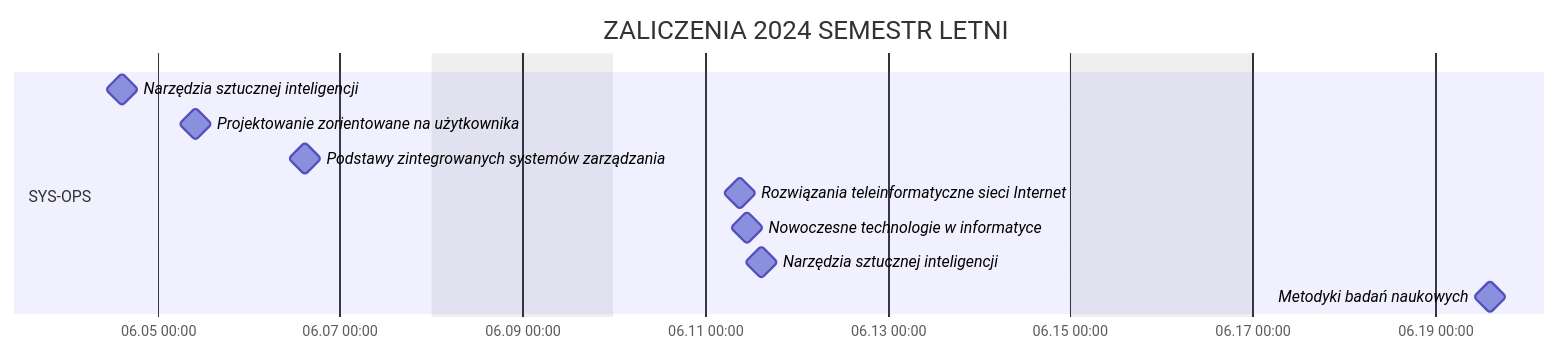
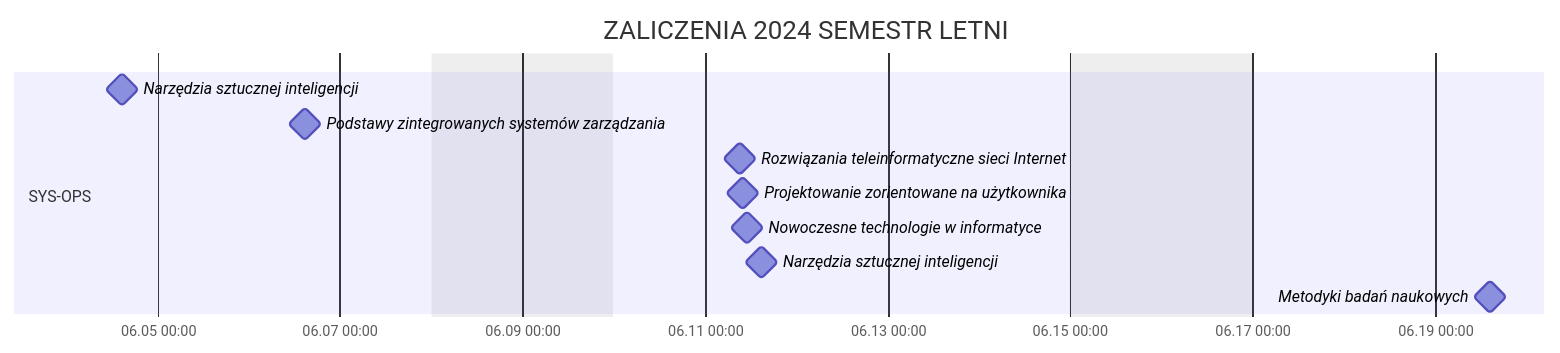
One commit to Week-end-Development/WED changed the diagram in INFO.md. Above: the diagram before and after it, drawn with Mermaid. The commit also changed other lines of this file, not shown here.

Commit message:
Update INFO.md
UX 05.06.2024 -> 11.06.2024

````diff
--- a/INFO.md
+++ b/INFO.md
@@ -32,15 +32,15 @@
 ```mermaid
 gantt
   title ZALICZENIA 2024 SEMESTR LETNI
   dateFormat MM-DD HH:mm
   axisFormat %m.%d %H:%M
   excludes weekends
   section SYS-OPS
     Narzędzia sztucznej inteligencji : milestone, 2024-06-04 14:40, 0d
-    Projektowanie zorientowane na użytkownika : milestone, 2024-06-05 10:05, 0d
     Podstawy zintegrowanych systemów zarządzania  : milestone, 2024-06-06 14:40, 0d
     Rozwiązania teleinformatyczne sieci Internet : milestone, 2024-06-11 09:15, 0d
+    Projektowanie zorientowane na użytkownika : milestone, 2024-06-11 10:05, 0d
     Nowoczesne technologie w informatyce : milestone, 2024-06-11 11:00, 0d
     Narzędzia sztucznej inteligencji : milestone, 2024-06-11 14:40, 0d
     Metodyki badań naukowych : milestone, 2024-06-19 14:30, 0d
 ```
````
